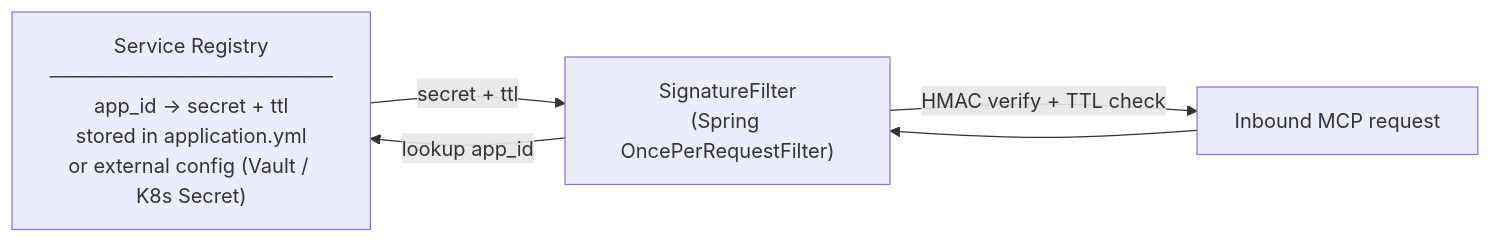
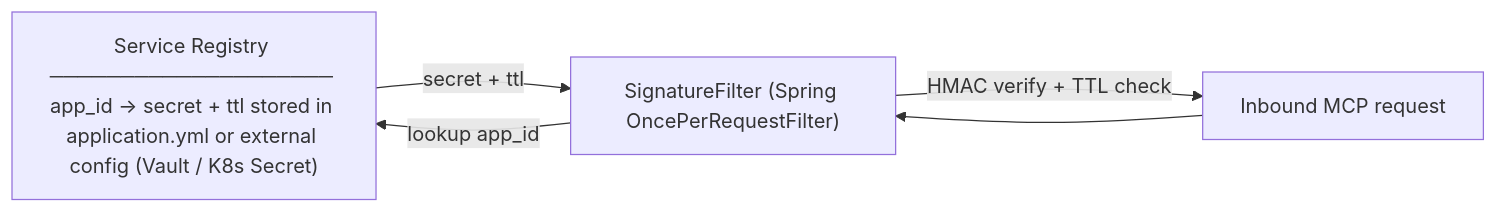
One commit to venkat-raman17/candidate-agent changed diagram 23 of 35 in LLD_POST_APPLY_ASSISTANT.md. Above: the diagram before and after it, drawn with Mermaid. The commit also changed other lines of this file, not shown here.

````diff
--- a/LLD_POST_APPLY_ASSISTANT.md
+++ b/LLD_POST_APPLY_ASSISTANT.md
@@ -1669,11 +1286,11 @@
 ```mermaid
 flowchart LR
-    SR["Service Registry\n────────────────────\napp_id → secret + ttl\nstored in application.yml\nor external config (Vault / K8s Secret)"]
-    SF["SignatureFilter\n(Spring OncePerRequestFilter)"]
+    SR["Service Registry ──────────────────── app_id → secret + ttl stored in application.yml or external config (Vault / K8s Secret)"]
+    SF["SignatureFilter (Spring OncePerRequestFilter)"]
     REQ["Inbound MCP request"]
 
     REQ --> SF
     SF -->|"lookup app_id"| SR
     SR -->|"secret + ttl"| SF
     SF -->|"HMAC verify + TTL check"| REQ
 ```
````
